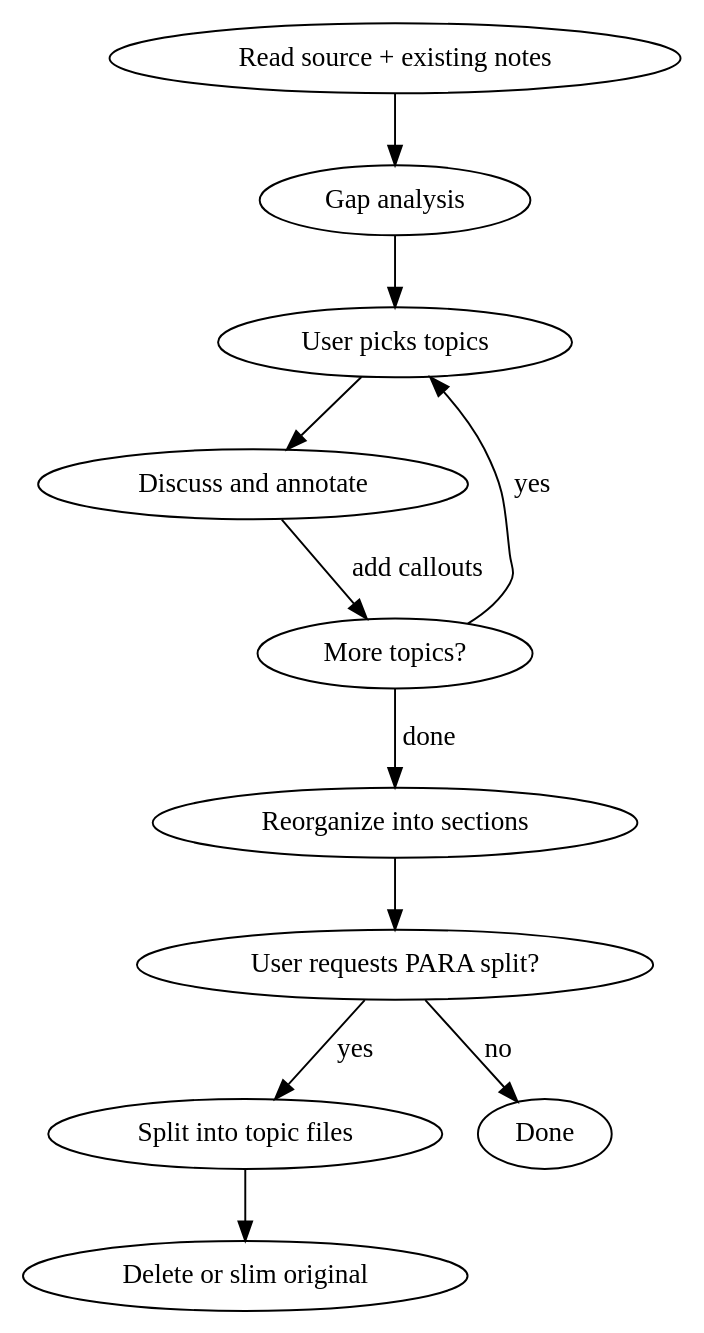
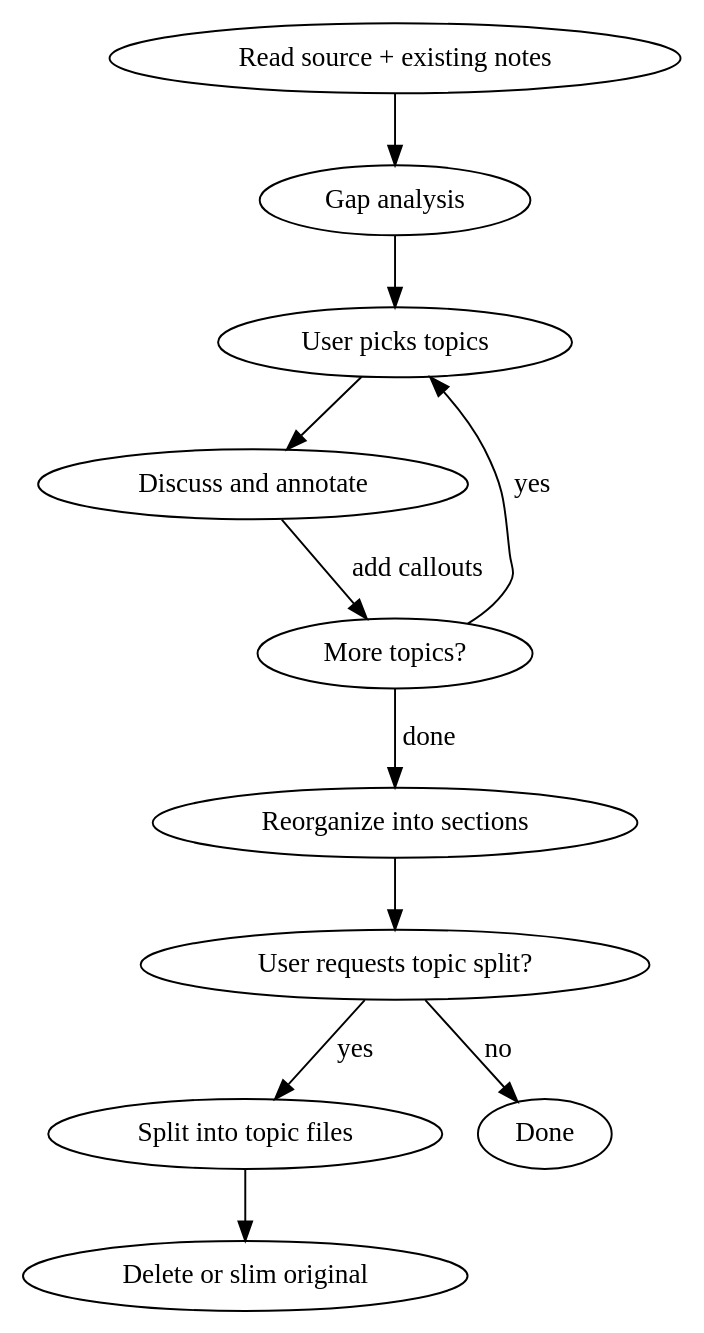
The diagram in plugins/accelerated-learning/skills/reviewing-notes/SKILL.md (BunnyRocks/rabbit-hole), drawn with Graphviz before and after one commit. The commit also changed other lines of this file and 11 other files, not shown here.

````diff
--- a/plugins/accelerated-learning/skills/reviewing-notes/SKILL.md
+++ b/plugins/accelerated-learning/skills/reviewing-notes/SKILL.md
@@ -14,14 +14,14 @@
 ```dot
 digraph review_flow {
   "Read source + existing notes" -> "Gap analysis";
   "Gap analysis" -> "User picks topics";
   "User picks topics" -> "Discuss and annotate";
   "Discuss and annotate" -> "More topics?" [label="add callouts"];
   "More topics?" -> "User picks topics" [label="yes"];
   "More topics?" -> "Reorganize into sections" [label="done"];
-  "Reorganize into sections" -> "User requests PARA split?";
-  "User requests PARA split?" -> "Split into topic files" [label="yes"];
-  "User requests PARA split?" -> "Done" [label="no"];
+  "Reorganize into sections" -> "User requests topic split?";
+  "User requests topic split?" -> "Split into topic files" [label="yes"];
+  "User requests topic split?" -> "Done" [label="no"];
   "Split into topic files" -> "Delete or slim original";
 }
 ```
````
